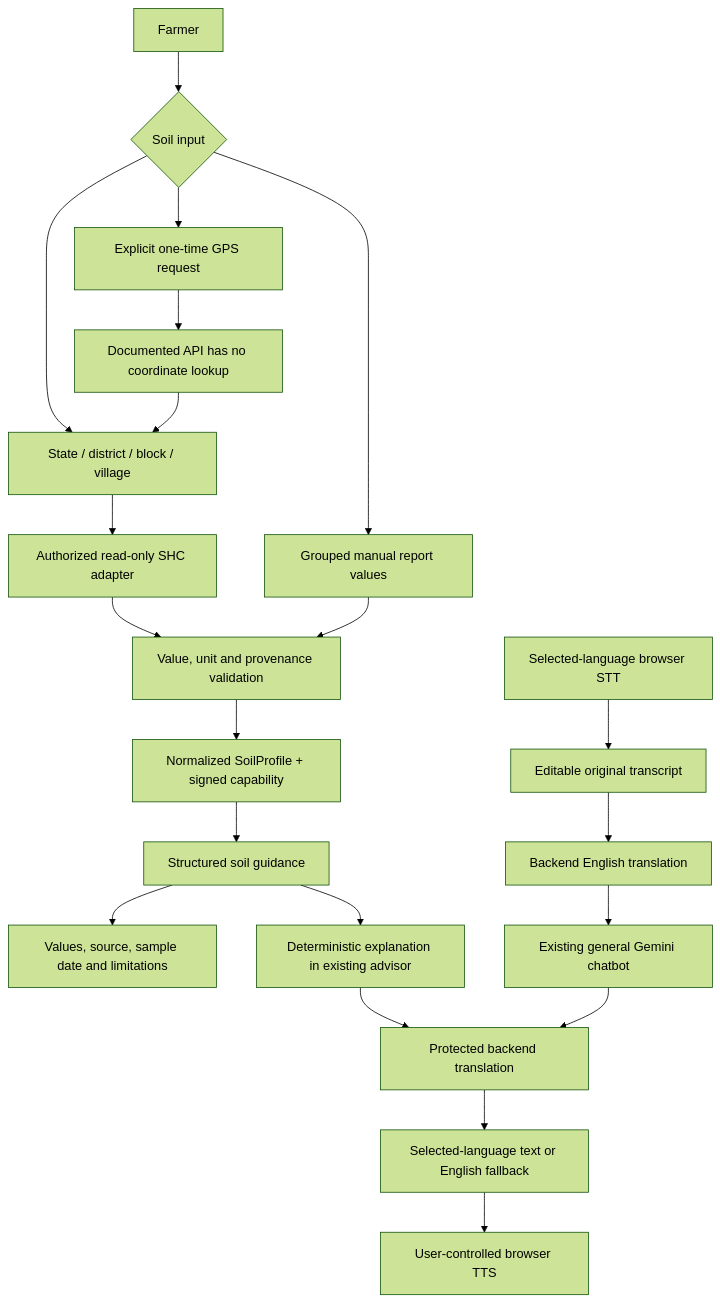
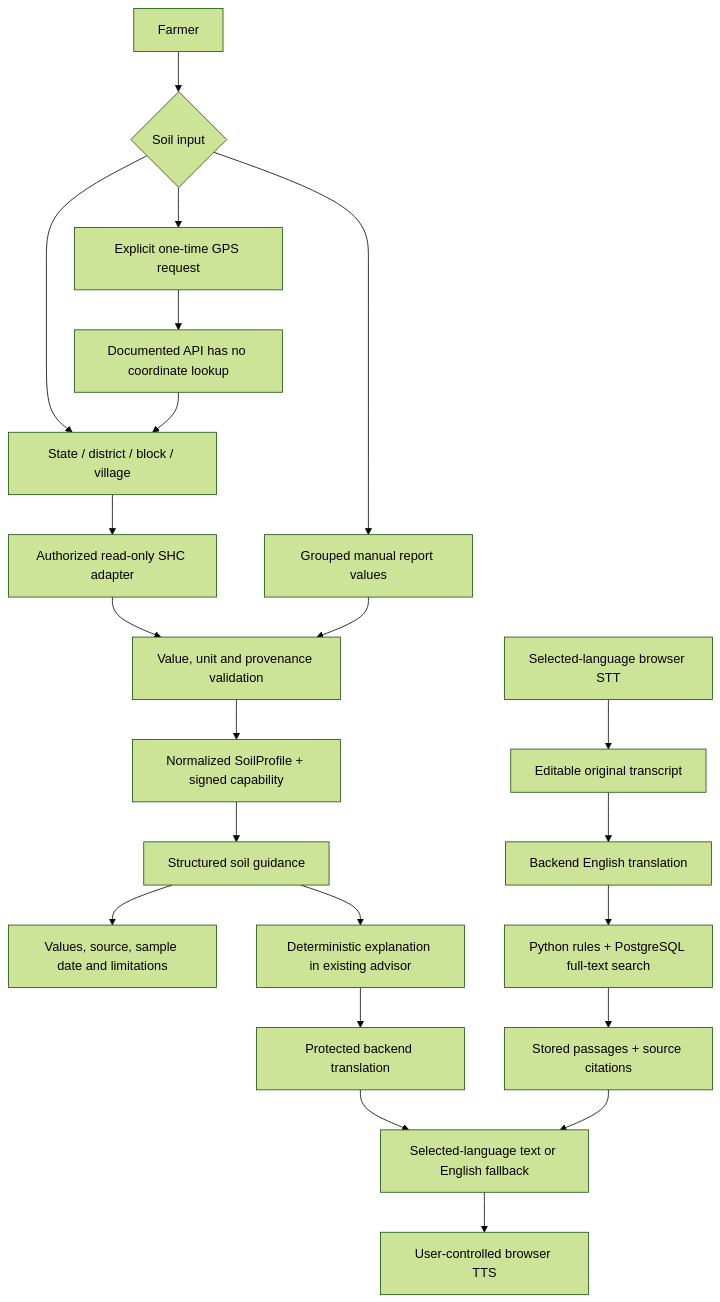
Before and after one commit to KaavyaG2712/Krishi_Mitra: the diagram in docs/soil-and-voice-report.md, drawn with Mermaid (forest theme). The commit also changed other lines of this file and 63 other files, not shown here.

````diff
--- a/docs/soil-and-voice-report.md
+++ b/docs/soil-and-voice-report.md
@@ -23,23 +23,24 @@
 ```mermaid
 flowchart TD
     Farmer --> Choice{Soil input}
     Choice --> Manual[Grouped manual report values]
     Choice --> Location[State / district / block / village]
     Choice --> GPS[Explicit one-time GPS request]
     GPS --> Limitation[Documented API has no coordinate lookup]
     Limitation --> Location
     Location --> SHC[Authorized read-only SHC adapter]
     SHC --> Validate[Value, unit and provenance validation]
     Manual --> Validate
     Validate --> Profile[Normalized SoilProfile + signed capability]
     Profile --> Guidance[Structured soil guidance]
     Guidance --> UI[Values, source, sample date and limitations]
     Guidance --> Explanation[Deterministic explanation in existing advisor]
     Explanation --> Translation[Protected backend translation]
     Translation --> Text[Selected-language text or English fallback]
     Text --> Voice[User-controlled browser TTS]
     Speech[Selected-language browser STT] --> Edit[Editable original transcript]
     Edit --> English[Backend English translation]
-    English --> Chat[Existing general Gemini chatbot]
-    Chat --> Translation
+    English --> Chat[Python rules + PostgreSQL full-text search]
+    Chat --> Citation[Stored passages + source citations]
+    Citation --> Text
 ```
````
